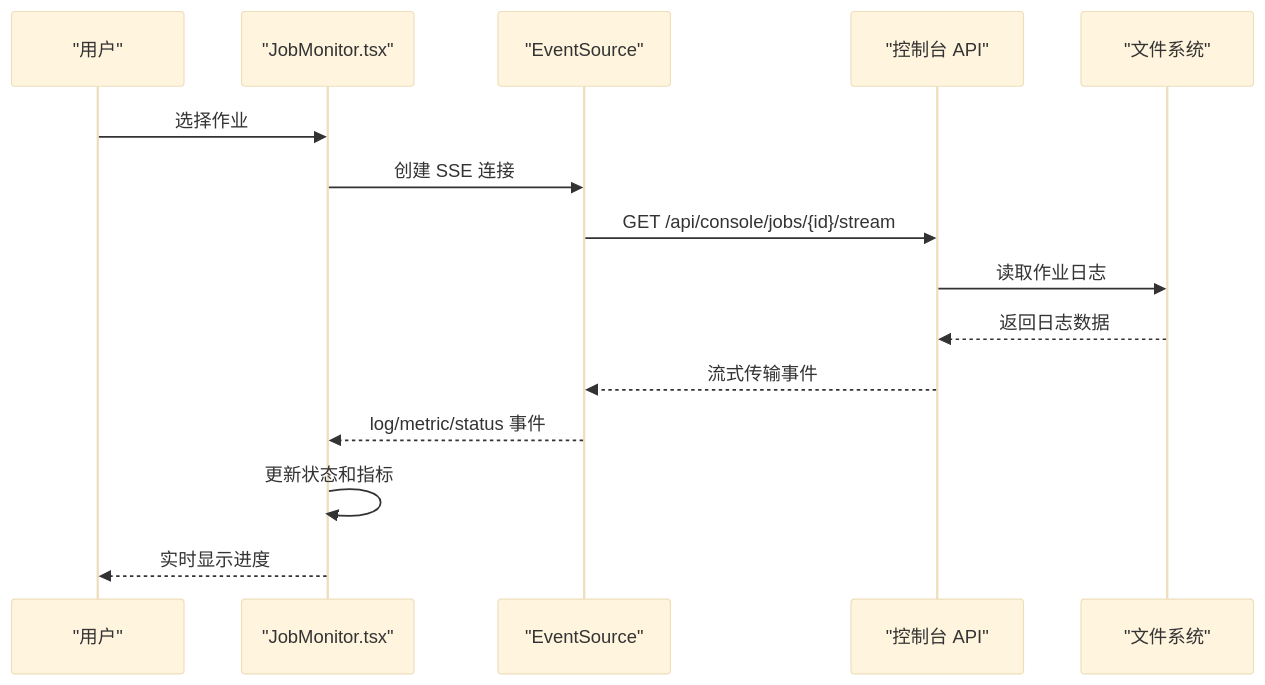
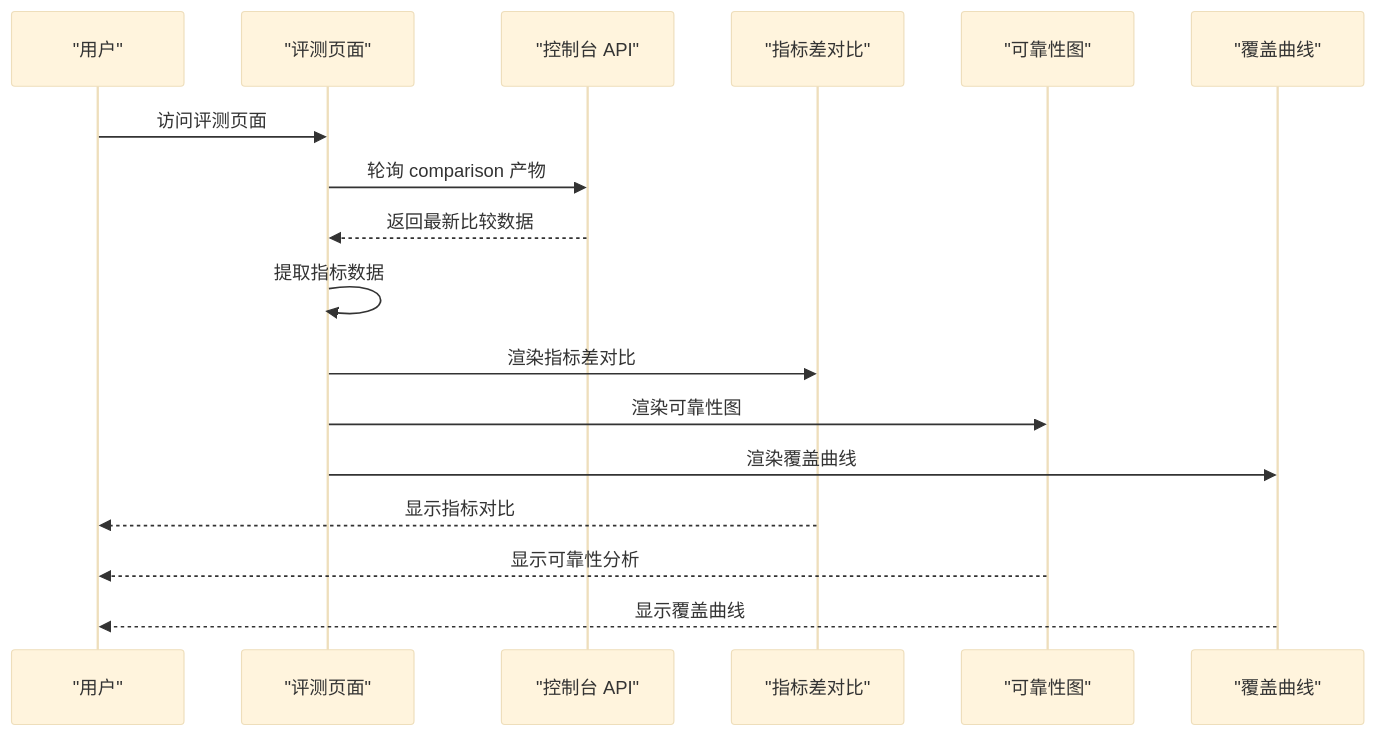
Before and after one commit to joezxh/kev: the fourth of 6 diagrams in .qoder/repowiki/zh/content/Playground 界面.md, drawn with Mermaid (base theme). The commit also changed other lines of this file and 101 other files, not shown here.

````diff
--- a/.qoder/repowiki/zh/content/Playground 界面.md
+++ b/.qoder/repowiki/zh/content/Playground 界面.md
@@ -340,17 +389,19 @@
 ```mermaid
 sequenceDiagram
 participant U as "用户"
-participant JM as "JobMonitor.tsx"
-participant ES as "EventSource"
+participant EP as "评测页面"
 participant API as "控制台 API"
-participant FS as "文件系统"
-U->>JM : 选择作业
-JM->>ES : 创建 SSE 连接
-ES->>API : GET /api/console/jobs/{id}/stream
-API->>FS : 读取作业日志
-FS-->>API : 返回日志数据
-API-->>ES : 流式传输事件
-ES-->>JM : log/metric/status 事件
-JM->>JM : 更新状态和指标
-JM-->>U : 实时显示进度
+participant MD as "指标差对比"
+participant RD as "可靠性图"
+participant CC as "覆盖曲线"
+U->>EP : 访问评测页面
+EP->>API : 轮询 comparison 产物
+API-->>EP : 返回最新比较数据
+EP->>EP : 提取指标数据
+EP->>MD : 渲染指标差对比
+EP->>RD : 渲染可靠性图
+EP->>CC : 渲染覆盖曲线
+MD-->>U : 显示指标对比
+RD-->>U : 显示可靠性分析
+CC-->>U : 显示覆盖曲线
 ```
````
